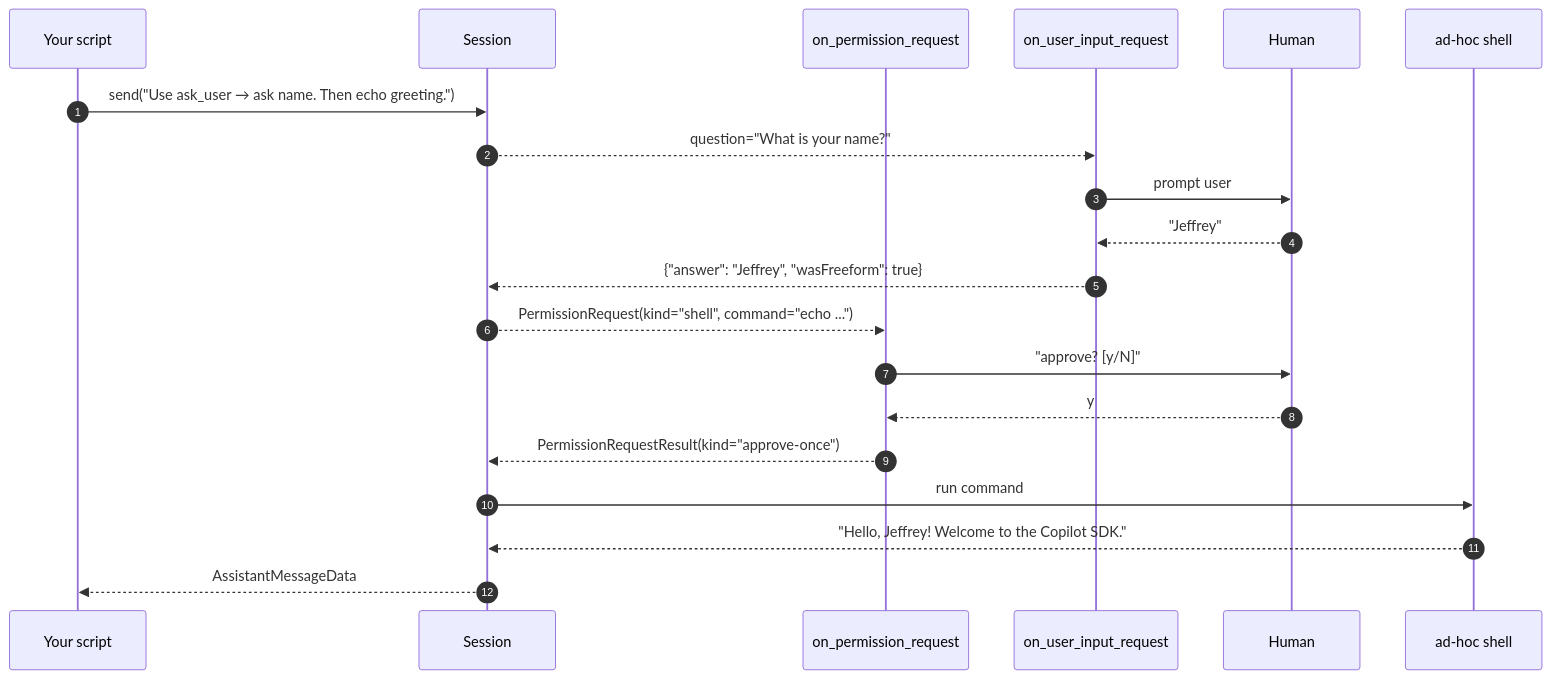
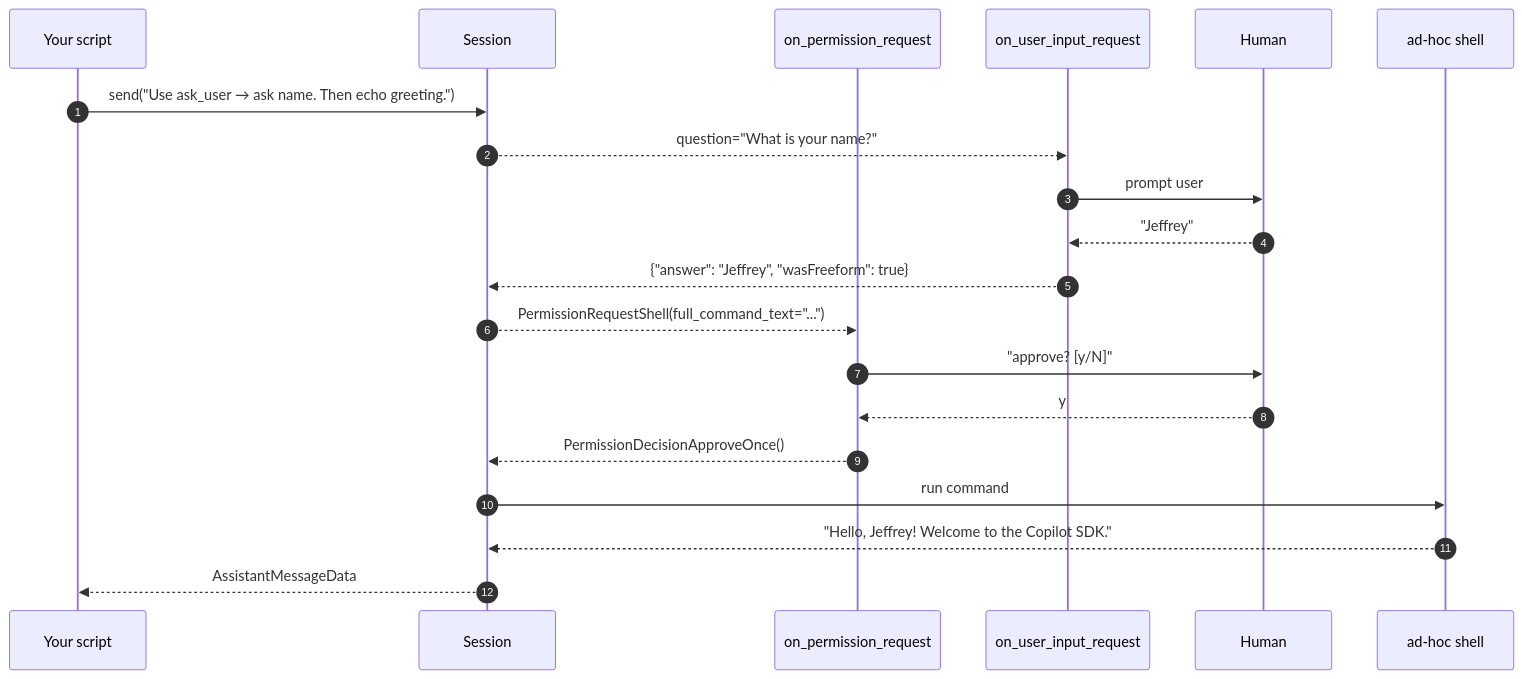
The diagram in examples/07_human_in_the_loop.md (jeffrey-groneberg/ghcp_sdk), drawn with Mermaid before and after one commit. The commit also changed other lines of this file and 19 other files, not shown here.

````diff
--- a/examples/07_human_in_the_loop.md
+++ b/examples/07_human_in_the_loop.md
@@ -27,23 +28,23 @@
 ```mermaid
 sequenceDiagram
     autonumber
     participant App as Your script
     participant Session
     participant Perm as on_permission_request
     participant Ask as on_user_input_request
     participant Human
     participant Shell as ad-hoc shell
 
     App->>Session: send("Use ask_user → ask name. Then echo greeting.")
     Session-->>Ask: question="What is your name?"
     Ask->>Human: prompt user
     Human-->>Ask: "Jeffrey"
     Ask-->>Session: {"answer": "Jeffrey", "wasFreeform": true}
-    Session-->>Perm: PermissionRequest(kind="shell", command="echo ...")
+    Session-->>Perm: PermissionRequestShell(full_command_text="...")
     Perm->>Human: "approve? [y/N]"
     Human-->>Perm: y
-    Perm-->>Session: PermissionRequestResult(kind="approve-once")
+    Perm-->>Session: PermissionDecisionApproveOnce()
     Session->>Shell: run command
     Shell-->>Session: "Hello, Jeffrey! Welcome to the Copilot SDK."
     Session-->>App: AssistantMessageData
 ```
````
